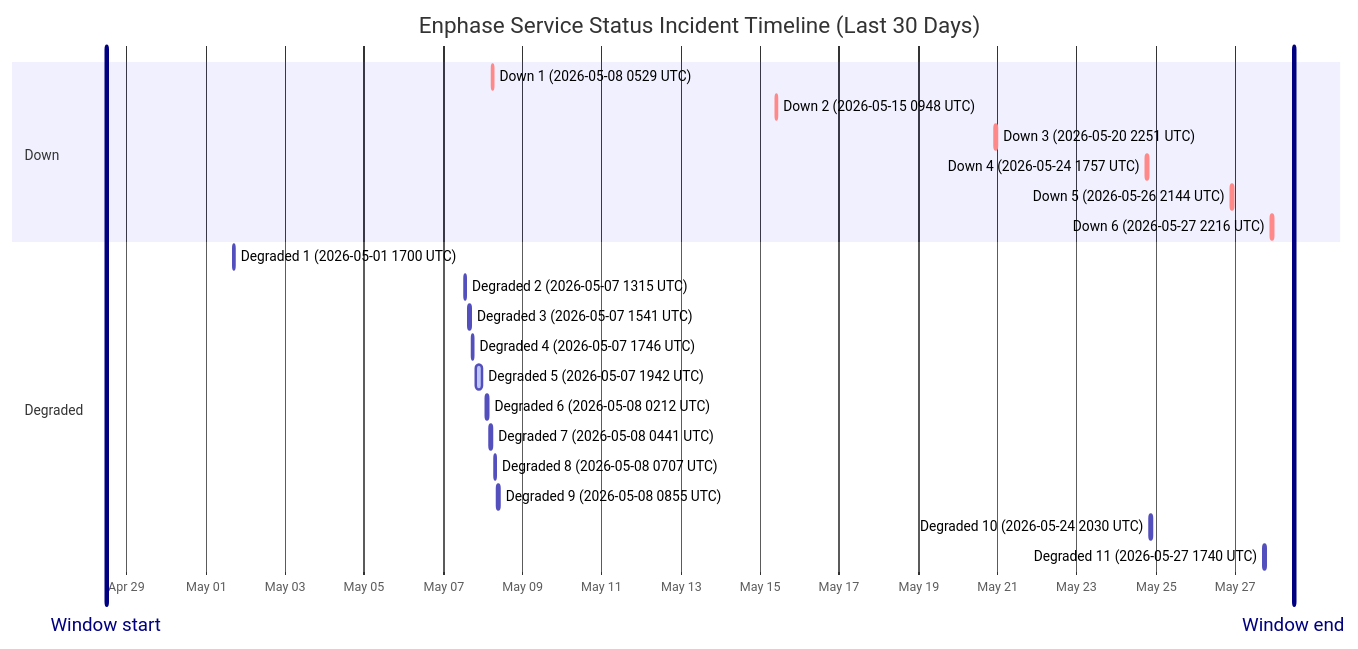
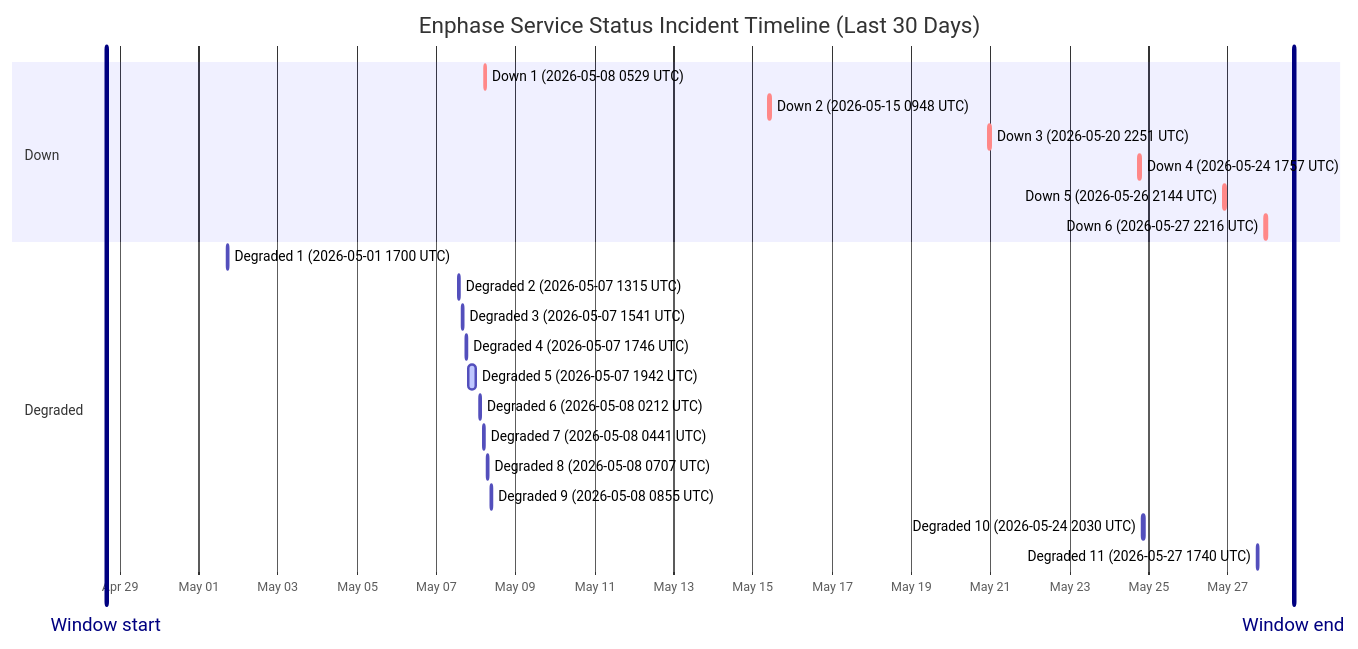
One commit to barneyonline/ha-enphase-ev-charger changed the diagram in wiki/Service-Status-History.md. Above: the diagram before and after it, drawn with Mermaid. The commit also changed other lines of this file and 3 other files, not shown here.

````diff
--- a/wiki/Service-Status-History.md
+++ b/wiki/Service-Status-History.md
@@ -14,27 +14,27 @@
 ```mermaid
 gantt
     title Enphase Service Status Incident Timeline (Last 30 Days)
     dateFormat  YYYY-MM-DDTHH:mm:ss
     axisFormat  %b %d
-    Window start :vert, window-start, 2026-04-28T11:39:42, 0ms
-    Window end :vert, window-end, 2026-05-28T11:39:42, 0ms
+    Window start :vert, window-start, 2026-04-28T15:51:11, 0ms
+    Window end :vert, window-end, 2026-05-28T15:51:11, 0ms
     section Down
     Down 1 (2026-05-08 0529 UTC) :crit, down-1, 2026-05-08T05:29:47, 60m
     Down 2 (2026-05-15 0948 UTC) :crit, down-2, 2026-05-15T09:48:18, 60m
     Down 3 (2026-05-20 2251 UTC) :crit, down-3, 2026-05-20T22:51:14, 75m
     Down 4 (2026-05-24 1757 UTC) :crit, down-4, 2026-05-24T17:57:41, 86m
     Down 5 (2026-05-26 2144 UTC) :crit, down-5, 2026-05-26T21:44:11, 85m
     Down 6 (2026-05-27 2216 UTC) :crit, down-6, 2026-05-27T22:16:53, 87m
     section Degraded
     Degraded 1 (2026-05-01 1700 UTC) :active, degraded-1, 2026-05-01T17:00:22, 60m
     Degraded 2 (2026-05-07 1315 UTC) :active, degraded-2, 2026-05-07T13:15:25, 60m
     Degraded 3 (2026-05-07 1541 UTC) :active, degraded-3, 2026-05-07T15:41:58, 60m
     Degraded 4 (2026-05-07 1746 UTC) :active, degraded-4, 2026-05-07T17:46:51, 60m
     Degraded 5 (2026-05-07 1942 UTC) :active, degraded-5, 2026-05-07T19:42:10, 249m
     Degraded 6 (2026-05-08 0212 UTC) :active, degraded-6, 2026-05-08T02:12:39, 60m
     Degraded 7 (2026-05-08 0441 UTC) :active, degraded-7, 2026-05-08T04:41:46, 60m
     Degraded 8 (2026-05-08 0707 UTC) :active, degraded-8, 2026-05-08T07:07:30, 60m
     Degraded 9 (2026-05-08 0855 UTC) :active, degraded-9, 2026-05-08T08:55:20, 88m
     Degraded 10 (2026-05-24 2030 UTC) :active, degraded-10, 2026-05-24T20:30:57, 84m
     Degraded 11 (2026-05-27 1740 UTC) :active, degraded-11, 2026-05-27T17:40:52, 60m
 ```
````
